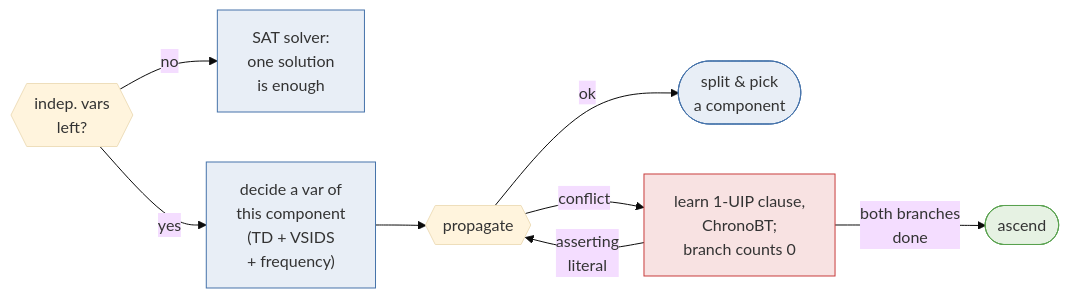
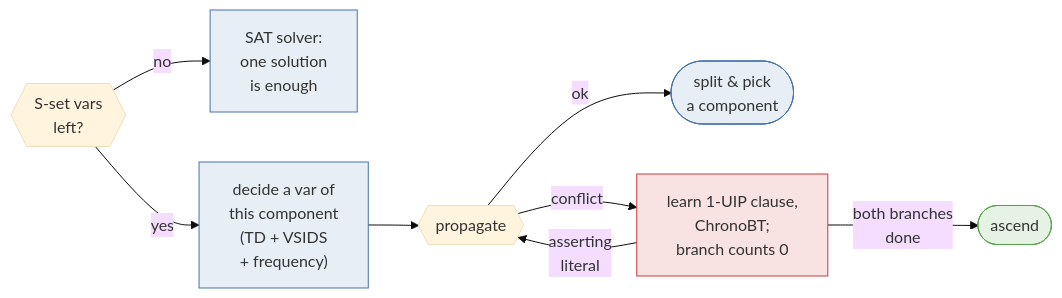
The diagram in figs/mermaid/descend.mmd (meelgroup/ganak-presentation), drawn with Mermaid (base theme) before and after one commit. The commit also changed 4 other files, not shown here.

```diff
--- a/figs/mermaid/descend.mmd
+++ b/figs/mermaid/descend.mmd
@@ -1,17 +1,17 @@
 flowchart LR
-  Q{{"indep. vars<br/>left?"}}
+  Q{{"S-set vars<br/>left?"}}
   Q -->|no| SAT["SAT solver:<br/>one solution<br/>is enough"]
   Q -->|yes| DEC["decide a var of<br/>this component<br/>(TD + VSIDS<br/>+ frequency)"]
   DEC --> P{{propagate}}
   P -->|"ok"| OUT(["split &amp; pick<br/>a component"])
   P -->|"conflict"| UIP["learn 1-UIP clause,<br/>ChronoBT;<br/>branch counts 0"]
   UIP -->|"asserting<br/>literal"| P
   UIP -->|"both branches<br/>done"| ASC([ascend])
 
   %% blue: search, red: conflict, green: counting
   classDef search fill:#e8eef6,stroke:#4673aa
   classDef confl fill:#f8e2e2,stroke:#c83c3c
   classDef count fill:#e6f2e3,stroke:#59a14f
   class DEC,SAT,OUT search
   class UIP confl
   class ASC count
```
